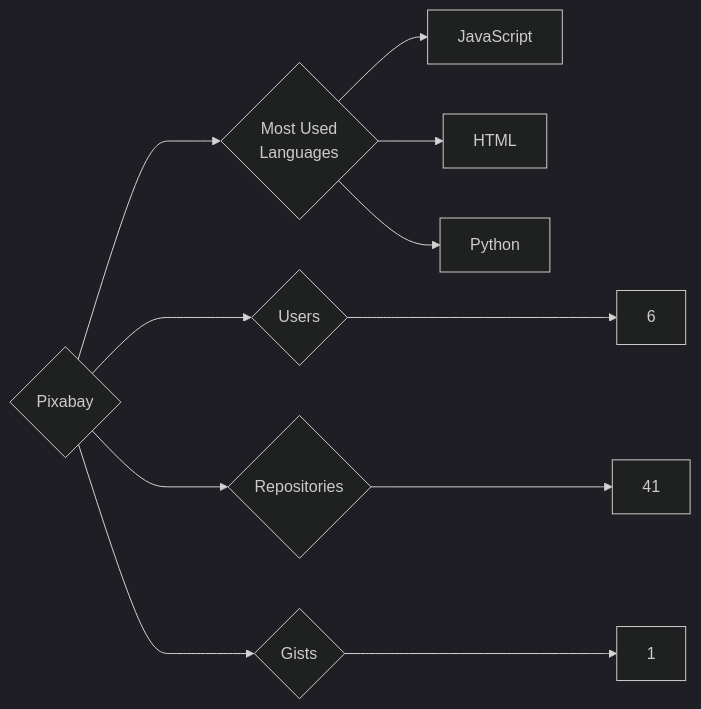
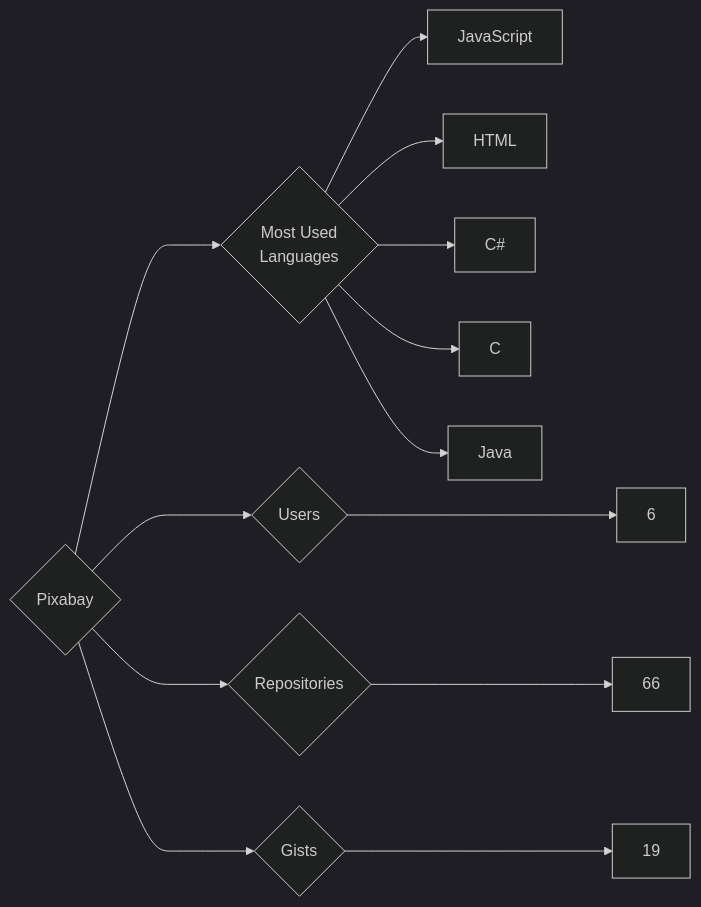
One commit to trickest/insiders changed the diagram in targets/Pixabay/README.md. Above: the diagram before and after it, drawn with Mermaid (dark theme). The commit also changed 1496 other files, not shown here.

````diff
--- a/targets/Pixabay/README.md
+++ b/targets/Pixabay/README.md
@@ -3,11 +3,13 @@
 ```mermaid
 graph LR
 COMPANY_NAME{Pixabay}
 COMPANY_NAME ---> U{Users} ---> UN[6]
-COMPANY_NAME ---> R{Repositories} ---> RN[41]
-COMPANY_NAME ---> G{Gists} ---> GN[1]
+COMPANY_NAME ---> R{Repositories} ---> RN[66]
+COMPANY_NAME ---> G{Gists} ---> GN[19]
 COMPANY_NAME ---> ML{Most Used<br>Languages}
 ML --> JavaScript[JavaScript]
 ML --> HTML[HTML]
-ML --> Python[Python]
+ML --> C#[C#]
+ML --> C[C]
+ML --> Java[Java]
 ```
````
